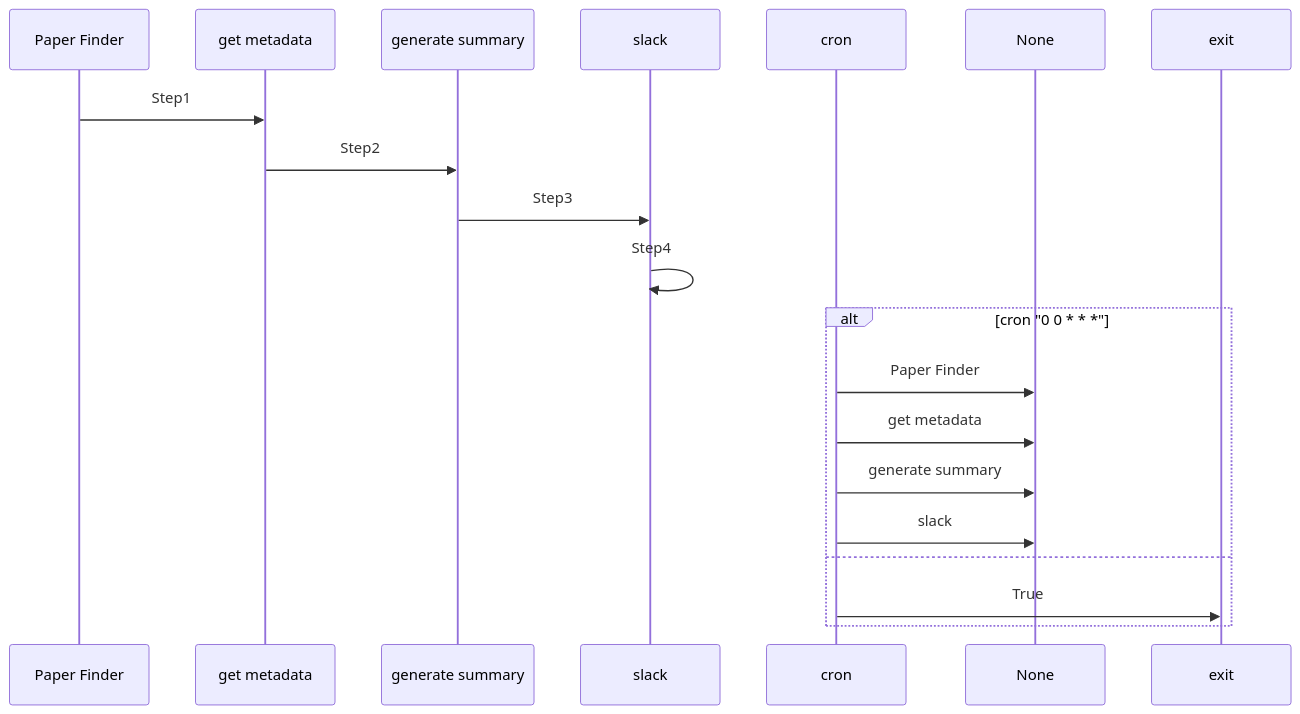
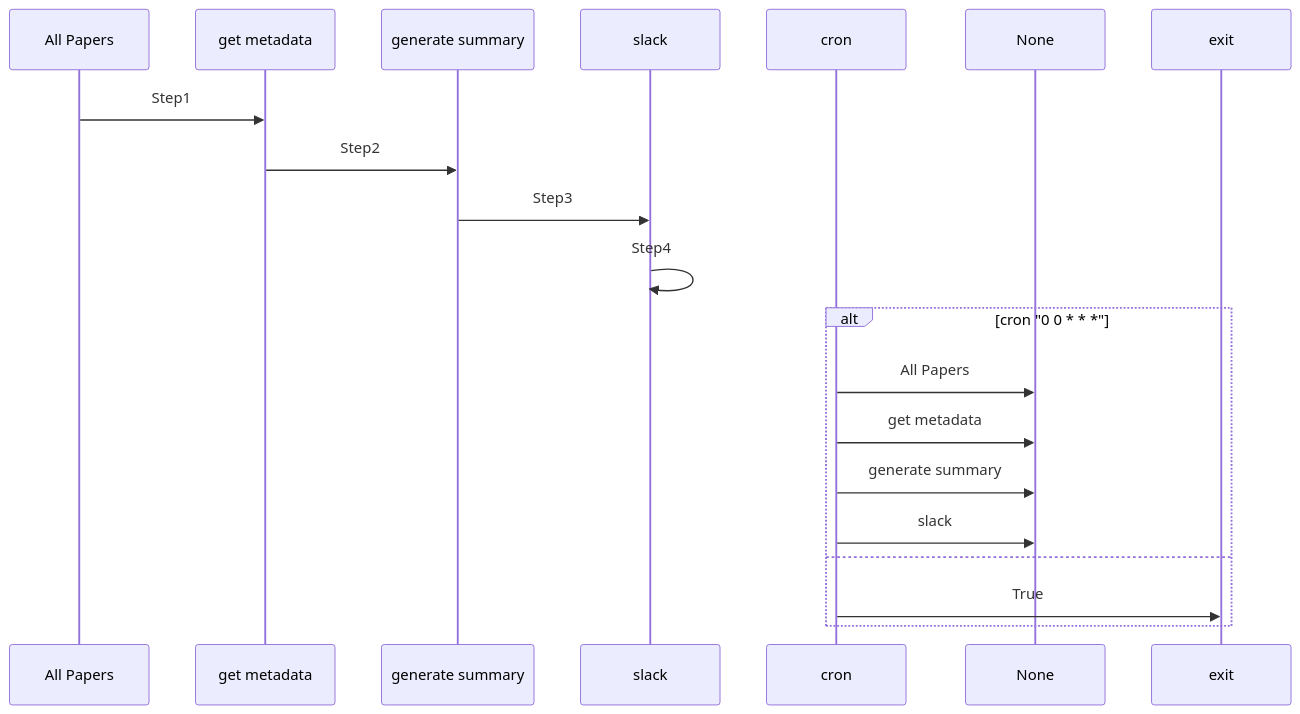
One commit to maximilien/maestro changed the diagram in maestro/demos/workflows/summary.ai/README.md. Above: the diagram before and after it, drawn with Mermaid. The commit also changed other lines of this file and 6 other files, not shown here.

````diff
--- a/maestro/demos/workflows/summary.ai/README.md
+++ b/maestro/demos/workflows/summary.ai/README.md
@@ -8,19 +8,19 @@
 ```mermaid
 sequenceDiagram
-participant Paper Finder
+participant All Papers
 participant get metadata
 participant generate summary
 participant slack
-Paper Finder->>get metadata: Step1
+All Papers->>get metadata: Step1
 get metadata->>generate summary: Step2
 generate summary->>slack: Step3
 slack->>slack: Step4
 alt cron "0 0 * * *"
-  cron->>None: Paper Finder
+  cron->>None: All Papers
   cron->>None: get metadata
   cron->>None: generate summary
   cron->>None: slack
 else
   cron->>exit: True
 end
 ```
````
